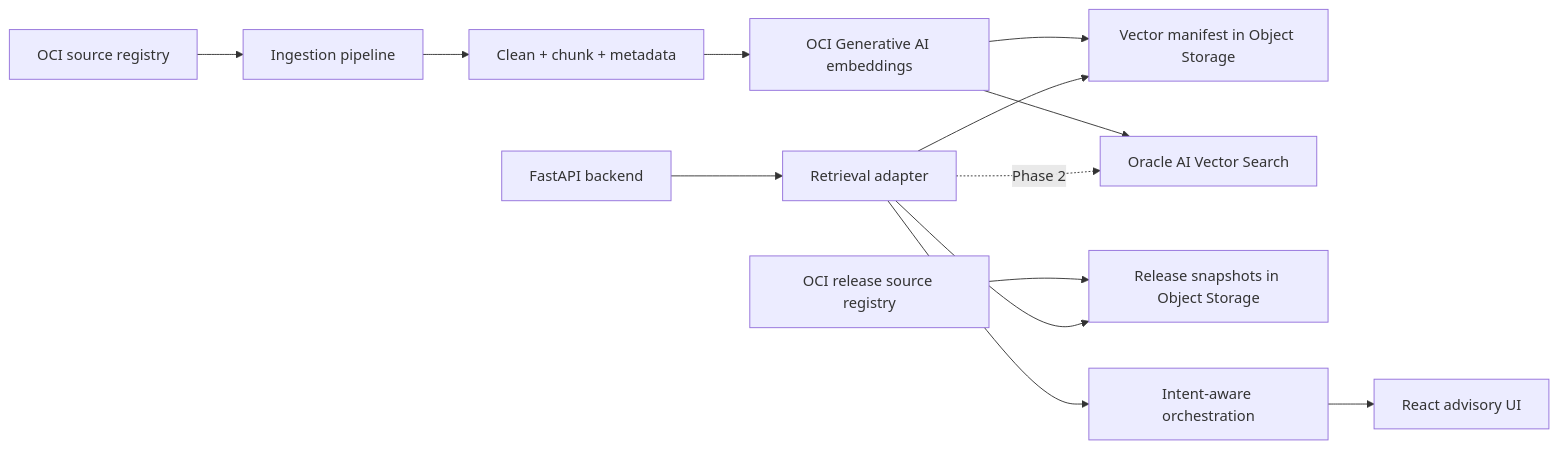
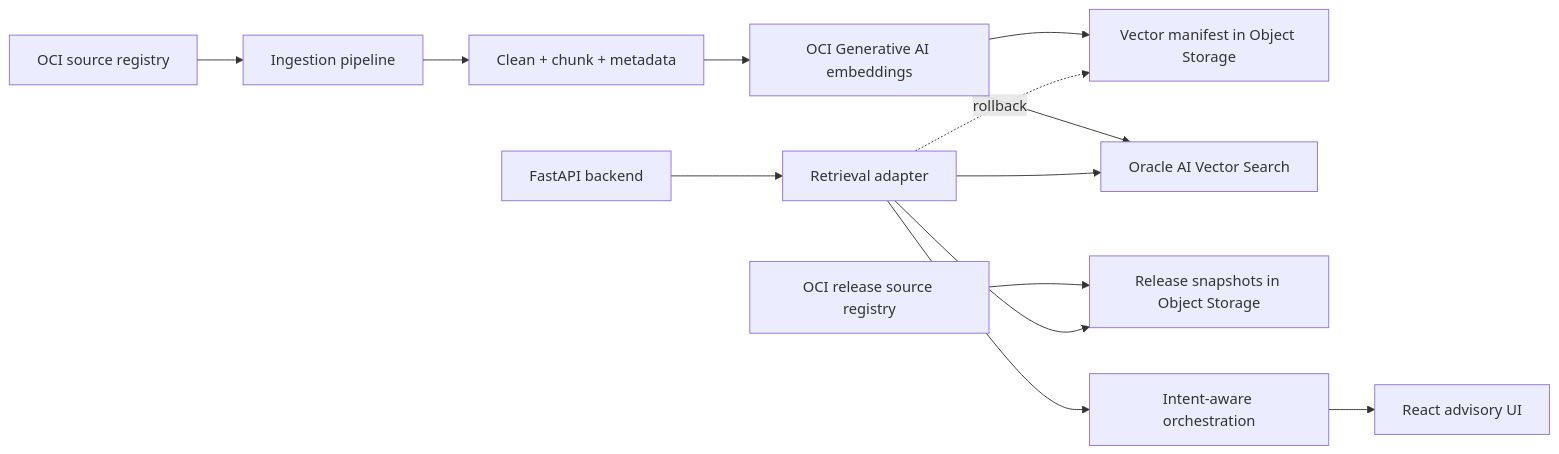
One commit to BfShaik/OCI-Architecture-Studio changed the diagram in docs/architecture/oci-native-retrieval-migration.md. Above: the diagram before and after it, drawn with Mermaid. The commit also changed other lines of this file and 21 other files, not shown here.

````diff
--- a/docs/architecture/oci-native-retrieval-migration.md
+++ b/docs/architecture/oci-native-retrieval-migration.md
@@ -49,15 +49,15 @@
 ```mermaid
 flowchart LR
   Registry["OCI source registry"] --> Ingestion["Ingestion pipeline"]
   Ingestion --> Clean["Clean + chunk + metadata"]
   Clean --> Embeddings["OCI Generative AI embeddings"]
   Embeddings --> Manifest["Vector manifest in Object Storage"]
   Embeddings --> Vector["Oracle AI Vector Search"]
   Release["OCI release source registry"] --> ReleaseSnap["Release snapshots in Object Storage"]
   API["FastAPI backend"] --> Retriever["Retrieval adapter"]
-  Retriever --> Manifest
-  Retriever -. Phase 2 .-> Vector
+  Retriever -. rollback .-> Manifest
+  Retriever --> Vector
   Retriever --> ReleaseSnap
   Retriever --> Orchestrator["Intent-aware orchestration"]
   Orchestrator --> UI["React advisory UI"]
 ```
````
